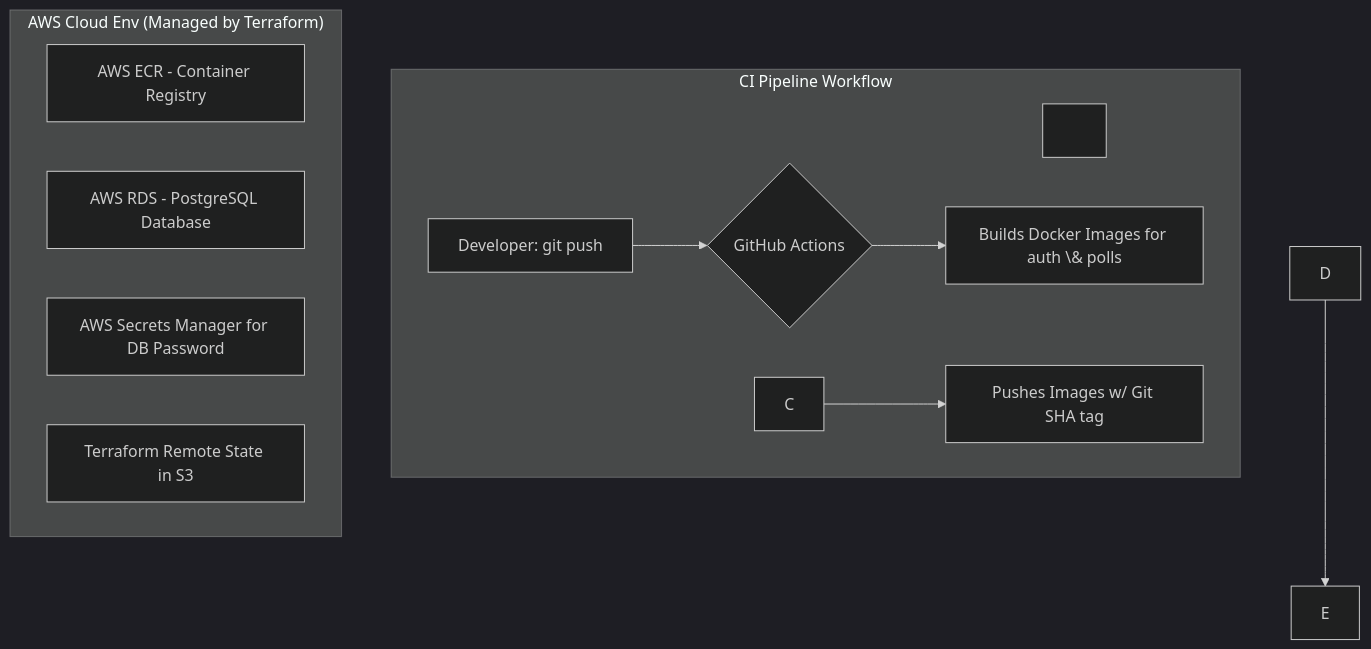
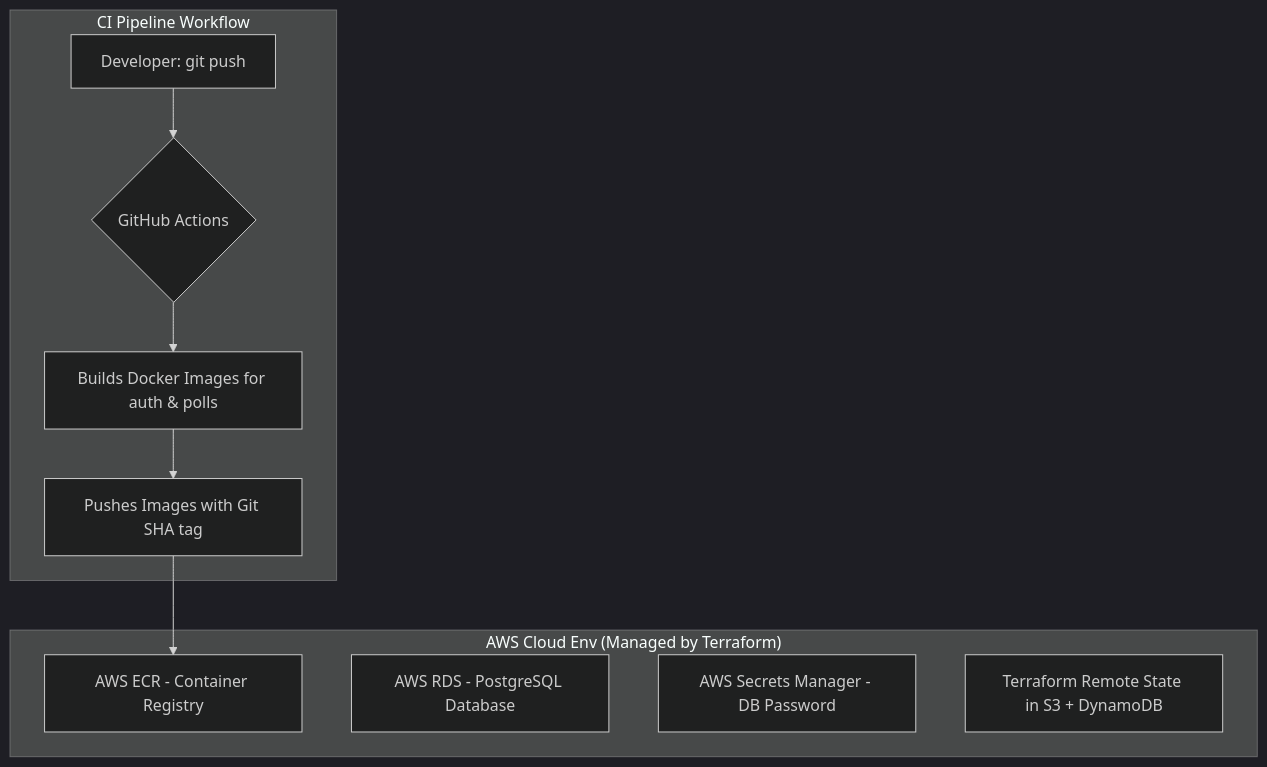
Before and after one commit to MrCh0p808/VoteWave: the second of 2 diagrams in DOCS.md, drawn with Mermaid (dark theme). The commit also changed other lines of this file, not shown here.

````diff
--- a/DOCS.md
+++ b/DOCS.md
@@ -73,33 +51,17 @@
 ```mermaid
+graph TD
+    subgraph "CI Pipeline Workflow"
+        A[Developer: git push] --> B{GitHub Actions}
+        B --> C[Builds Docker Images for auth & polls]
+        C --> D[Pushes Images with Git SHA tag]
+    end
 
-graph TD
+    subgraph "AWS Cloud Env (Managed by Terraform)"
+        E[AWS ECR - Container Registry]
+        F[AWS RDS - PostgreSQL Database]
+        G[AWS Secrets Manager - DB Password]
+        H[Terraform Remote State in S3 + DynamoDB]
+    end
 
-&nbsp;   subgraph "CI Pipeline Workflow"
-
-&nbsp;       A\[Developer: git push] --> B{GitHub Actions};
-
-&nbsp;       B --> C\[Builds Docker Images for auth \& polls];
-
-&nbsp;       C --> D\[Pushes Images w/ Git SHA tag];
-
-&nbsp;   end
-
-
-
-&nbsp;   subgraph "AWS Cloud Env (Managed by Terraform)"
-
-&nbsp;       E\[AWS ECR - Container Registry];
-
-&nbsp;       F\[AWS RDS - PostgreSQL Database];
-
-&nbsp;       G\[AWS Secrets Manager for DB Password];
-
-&nbsp;       H\[Terraform Remote State in S3];
-
-&nbsp;   end
-
-
-
-&nbsp;   D --> E;
-
+    D --> E
 ```
````
